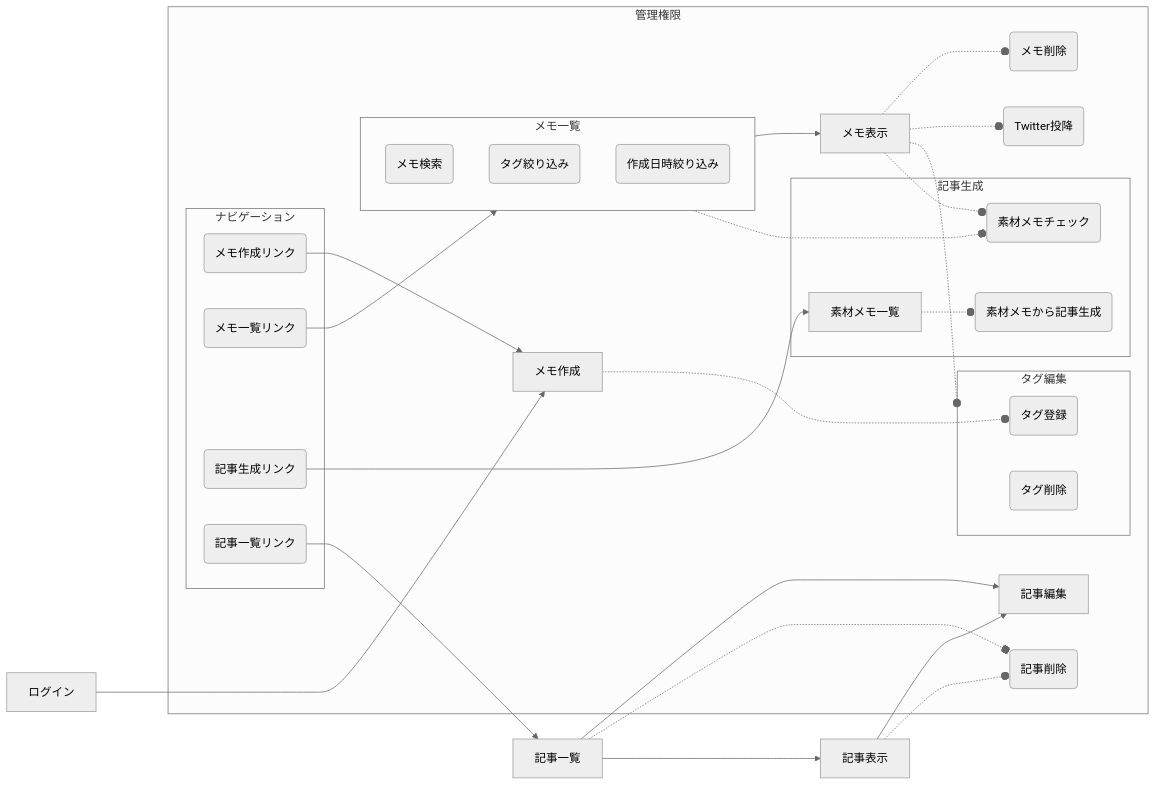
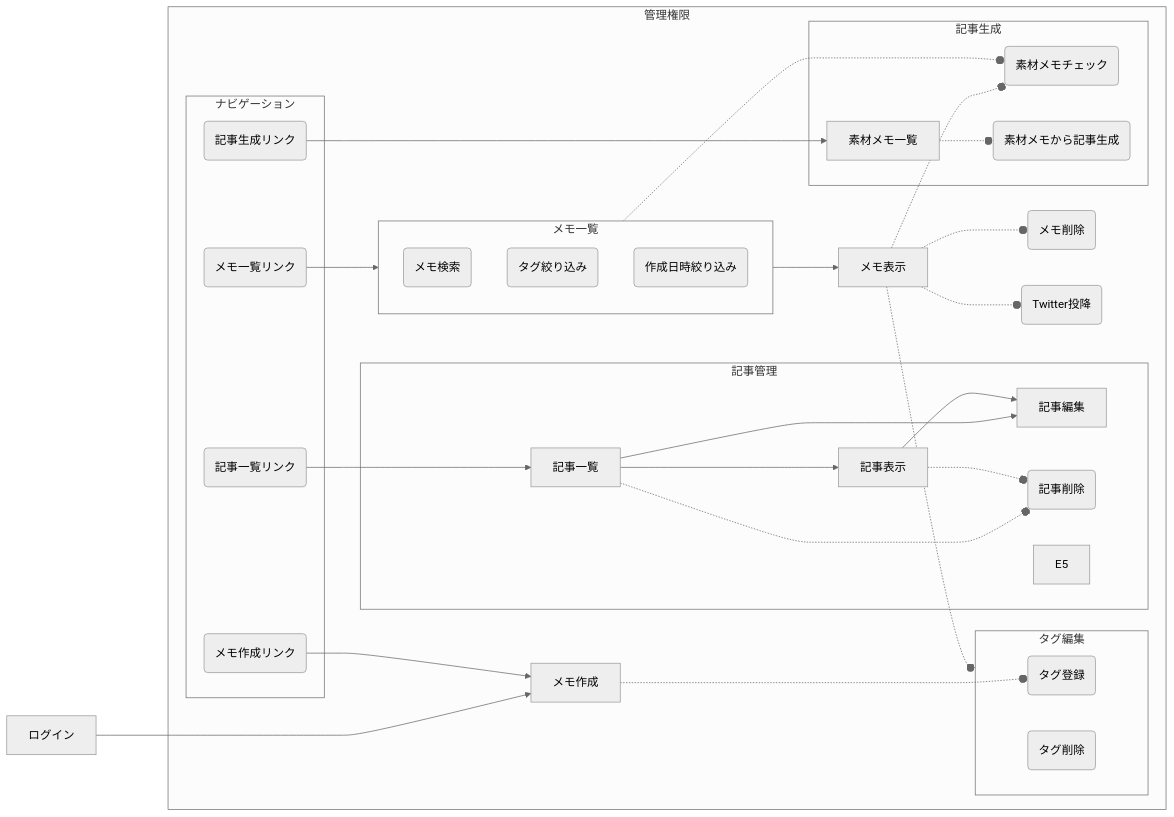
The diagram in doc/outline.md (joyrswd/memodoc), drawn with Mermaid (neutral theme) before and after one commit. The commit also changed 14 other files, not shown here.

````diff
--- a/doc/outline.md
+++ b/doc/outline.md
@@ -40,73 +40,79 @@
 ```mermaid
 graph LR
 
     A[ログイン]
     B1[メモ作成]
     B2[メモ表示]
     B3(メモ削除)
     B4(Twitter投降)
     C1(タグ登録)
     C2(タグ削除)
     D1(メモ検索)
     D2(タグ絞り込み)
     D3(作成日時絞り込み)
     E1[記事一覧]
     E2[記事表示]
     E3[記事編集]
     E4(記事削除)
     F1(素材メモチェック)
     F2[素材メモ一覧]
     F3(素材メモから記事生成)
 
     subgraph Navi[ナビゲーション]
         Navi1(メモ作成リンク)
         Navi2(メモ一覧リンク)
         Navi3(記事生成リンク)
         Navi4(記事一覧リンク)
     end
     subgraph C[タグ編集]
         C1
         C2
     end
     subgraph D[メモ一覧]
         D1
         D2
         D3
     end
+    subgraph E[記事管理]
+        E1
+        E2
+        E3
+        E4
+        E5
+    end
     subgraph F[記事生成]
         F1
         F2
         F3
     end
     subgraph 管理権限
         Navi
         B1
         B2
         B3
         B4
         C
         D
-        E3
-        E4
+        E
         F
     end
 
     A ----> B1
     B1 .-o C1
     B2 .-o B3
     B2 .-o B4
     B2 .-o C
     B2 .-o F1
     D --> B2
     D .-o F1
     E1 --> E3
     E1 --> E2
     E2 --> E3
     E1 .-o E4
     E2 .-o E4
     F2 .-o F3
     Navi1 --> B1
     Navi2 --> D
     Navi3 --> F2
     Navi4 --> E1
 ```
````
